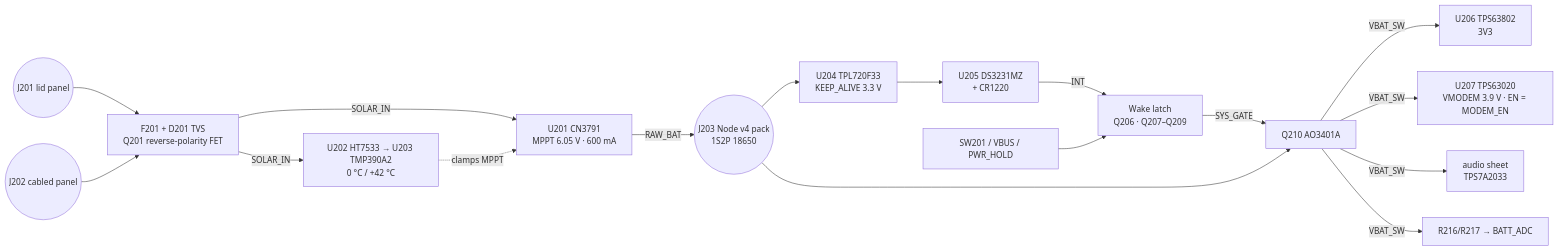
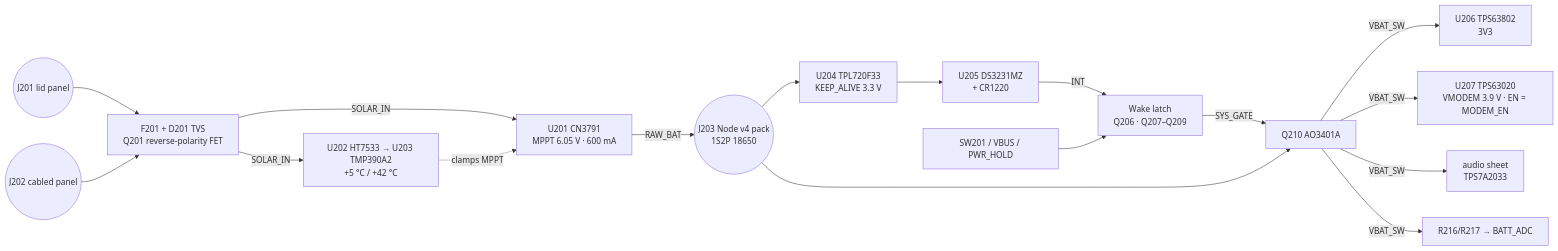
Before and after one commit to armsto88/Auris: the diagram in hardware/power/README.md, drawn with Mermaid. The commit also changed other lines of this file and 19 other files, not shown here.

First line of the commit message:
Apply schematic review fixes, owner decisions and BOM cost pass

````diff
--- a/hardware/power/README.md
+++ b/hardware/power/README.md
@@ -20,19 +20,19 @@
 ```mermaid
 flowchart LR
   P1((J201 lid panel)) --> PIN
   P2((J202 cabled panel)) --> PIN[F201 + D201 TVS<br/>Q201 reverse-polarity FET]
   PIN -- SOLAR_IN --> CHG[U201 CN3791<br/>MPPT 6.05 V · 600 mA]
-  PIN -- SOLAR_IN --> CUT[U202 HT7533 → U203 TMP390A2<br/>0 °C / +42 °C]
+  PIN -- SOLAR_IN --> CUT[U202 HT7533 → U203 TMP390A2<br/>+5 °C / +42 °C]
   CUT -. clamps MPPT .-> CHG
   CHG -- RAW_BAT --> BAT((J203 Node v4 pack<br/>1S2P 18650))
   BAT --> KA[U204 TPL720F33<br/>KEEP_ALIVE 3.3 V]
   KA --> RTC[U205 DS3231MZ<br/>+ CR1220]
   RTC -- INT --> LATCH[Wake latch<br/>Q206 · Q207–Q209]
   BTN[SW201 / VBUS / PWR_HOLD] --> LATCH
   LATCH -- SYS_GATE --> SW[Q210 AO3401A]
   BAT --> SW
   SW -- VBAT_SW --> R3[U206 TPS63802<br/>3V3]
   SW -- VBAT_SW --> RM[U207 TPS63020<br/>VMODEM 3.9 V · EN = MODEM_EN]
   SW -- VBAT_SW --> AUD[audio sheet<br/>TPS7A2033]
   SW -- VBAT_SW --> BS[R216/R217 → BATT_ADC]
 ```
````
